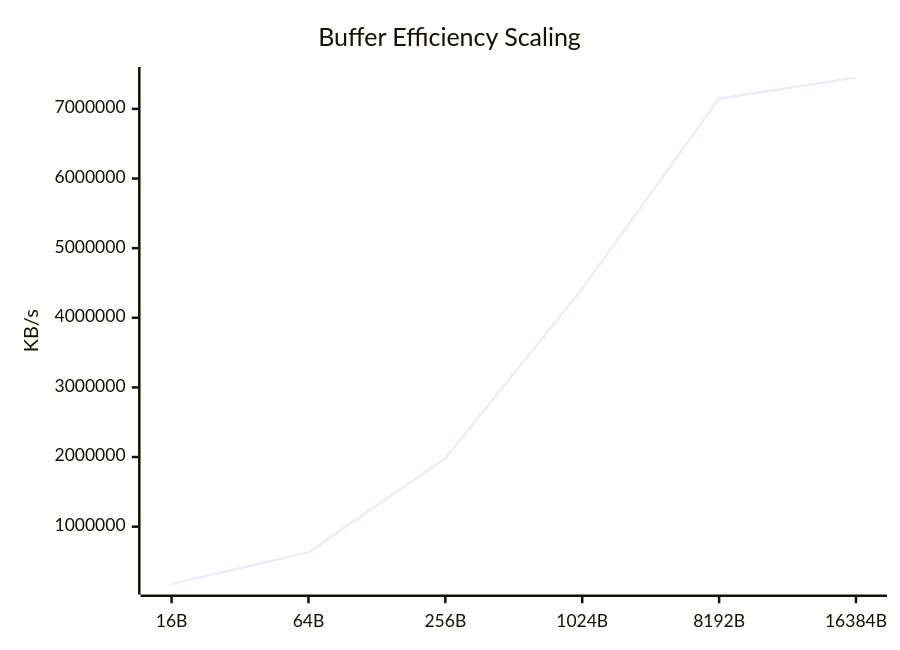
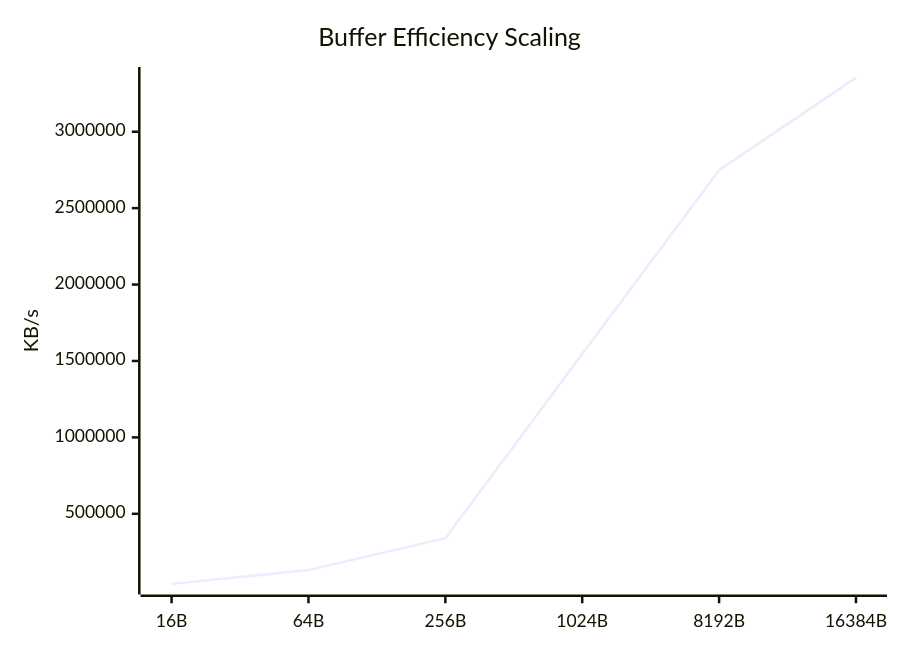
The seventh of 9 diagrams in docs/Comparison_Report.md (taha2samy/openssl_fips), drawn with Mermaid before and after one commit. The commit also changed other lines of this file and 5 other files, not shown here.

````diff
--- a/docs/Comparison_Report.md
+++ b/docs/Comparison_Report.md
@@ -110,7 +110,7 @@
 ```mermaid
 xychart-beta
     title "Buffer Efficiency Scaling"
     x-axis [16B, 64B, 256B, 1024B, 8192B, 16384B]
     y-axis "KB/s"
-    line [178294.54, 630740.0, 1980857.34, 4417443.33, 7148552.19, 7449133.06]
+    line [41585.44, 131677.53, 340748.78, 1545311.75, 2748425.11, 3353982.99]
 ```
````
